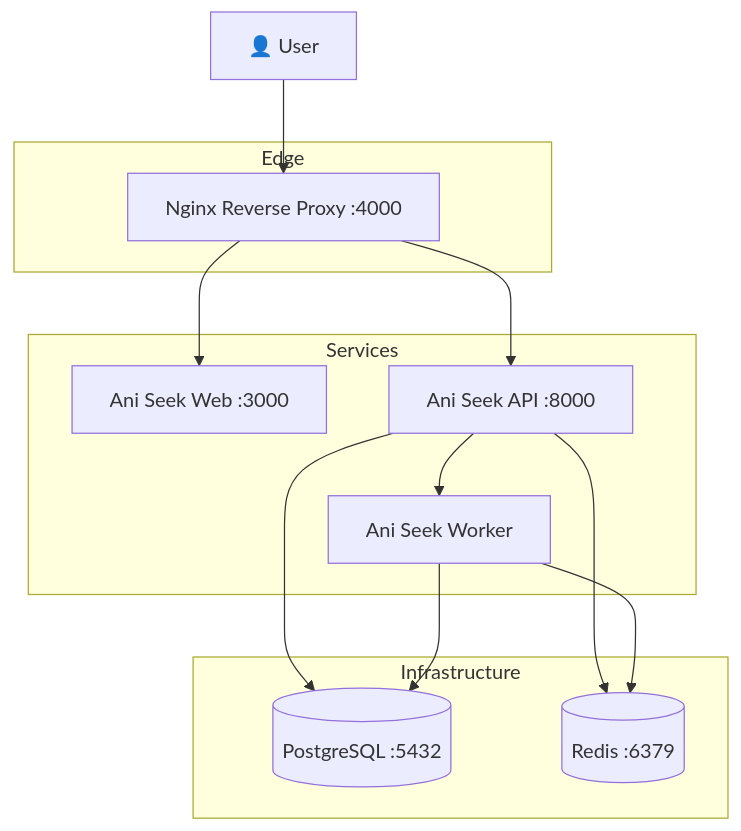
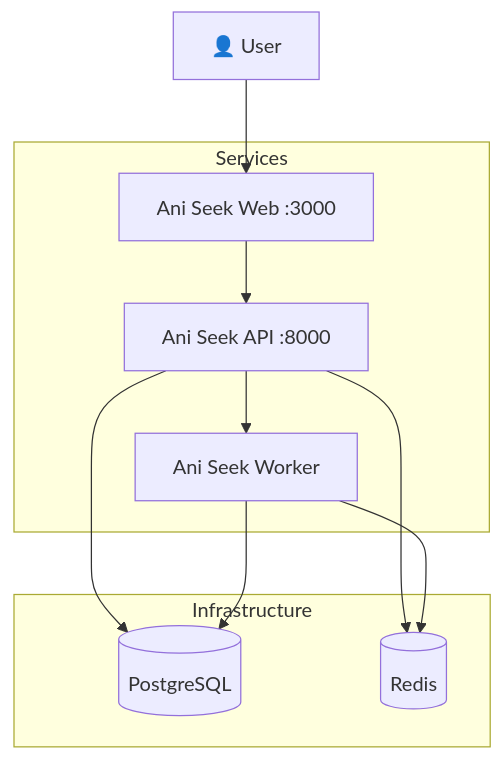
Before and after one commit to ElPitagoras14/aniseek: the first of 2 diagrams in README.md, drawn with Mermaid. The commit also changed other lines of this file and 57 other files, not shown here.

````diff
--- a/README.md
+++ b/README.md
@@ -45,30 +38,25 @@
 ```mermaid
 flowchart TB
     User[👤 User]
-
-    subgraph Edge
-        Nginx[Nginx Reverse Proxy :4000]
-    end
 
     subgraph Services
         Web[Ani Seek Web :3000]
         API[Ani Seek API :8000]
         Worker[Ani Seek Worker]
     end
 
     subgraph Infrastructure
-        DB[(PostgreSQL :5432)]
-        Redis[(Redis :6379)]
+        DB[(PostgreSQL)]
+        Redis[(Redis)]
     end
 
-    User --> Nginx
-    Nginx --> Web
-    Nginx --> API
+    User --> Web
+    Web --> API
 
     API --> Worker
     API --> DB
     API --> Redis
 
     Worker --> DB
     Worker --> Redis
 ```
````
